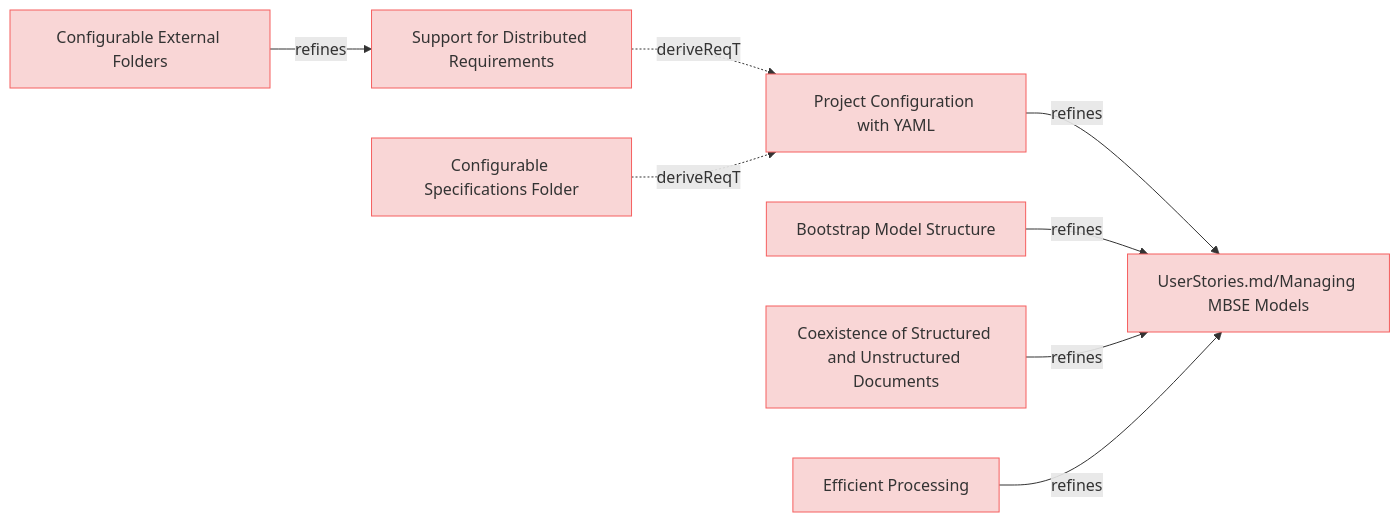
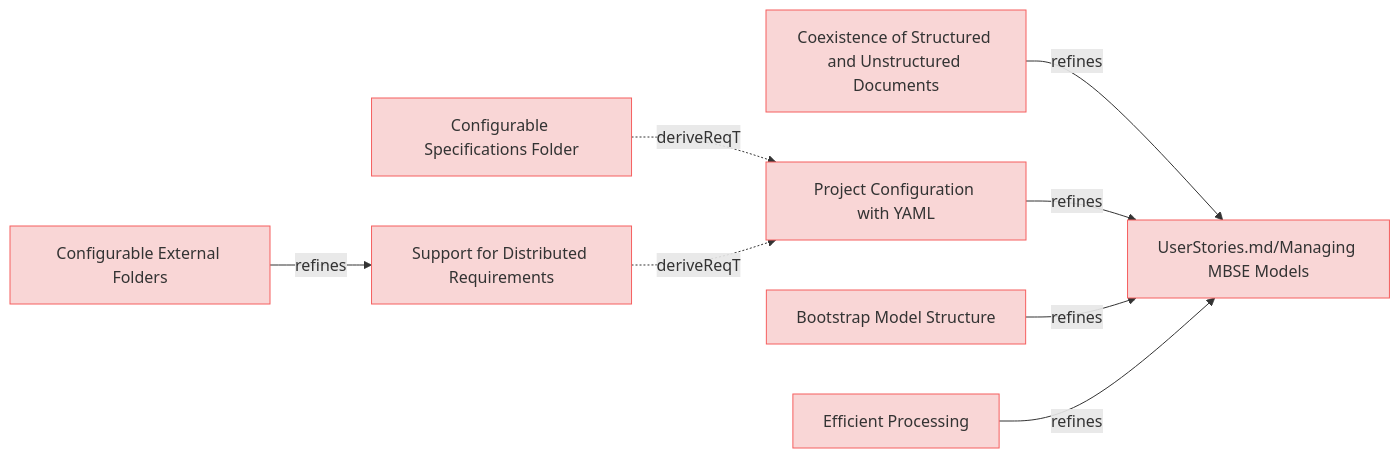
One commit to reqvire-org/reqvire changed the diagram in specifications/ManagingMbseModelsRequirements.md. Above: the diagram before and after it, drawn with Mermaid. The commit also changed 56 other files, not shown here.

````diff
--- a/specifications/ManagingMbseModelsRequirements.md
+++ b/specifications/ManagingMbseModelsRequirements.md
@@ -4,40 +4,40 @@
 ```mermaid
 graph LR;
   %% Graph styling
   classDef requirement fill:#f9d6d6,stroke:#f55f5f,stroke-width:1px;
   classDef verification fill:#d6f9d6,stroke:#5fd75f,stroke-width:1px;
   classDef externalLink fill:#d0e0ff,stroke:#3080ff,stroke-width:1px;
   classDef default fill:#f5f5f5,stroke:#333333,stroke-width:1px;
 
+  61be4a1815b94bfd["Configurable Specifications Folder"];
+  click 61be4a1815b94bfd "https://github.com/ilijaljubicic/ReqFlow/blob/29a17f176519a28e973567d4102beb95f41075ed/specifications/ManagingMbseModelsRequirements.md#configurable-specifications-folder";
+  class 61be4a1815b94bfd requirement;
+  ce24dbacb9646f3b["Project Configuration with YAML"];
+  class ce24dbacb9646f3b requirement;
+  click ce24dbacb9646f3b "https://github.com/ilijaljubicic/ReqFlow/blob/29a17f176519a28e973567d4102beb95f41075ed/specifications/ManagingMbseModelsRequirements.md#project-configuration-with-yaml";
+  61be4a1815b94bfd -.->|deriveReqT| ce24dbacb9646f3b;
   a5483b08d4e8d960["Configurable External Folders"];
-  click a5483b08d4e8d960 "https://github.com/ilijaljubicic/ReqFlow/blob/a94231473c9a4a56fe21608ebd13787e0cc3f2dc/specifications/ManagingMbseModelsRequirements.md#configurable-external-folders";
+  click a5483b08d4e8d960 "https://github.com/ilijaljubicic/ReqFlow/blob/29a17f176519a28e973567d4102beb95f41075ed/specifications/ManagingMbseModelsRequirements.md#configurable-external-folders";
   class a5483b08d4e8d960 requirement;
   e7286123b1b97862["Support for Distributed Requirements"];
   class e7286123b1b97862 requirement;
-  click e7286123b1b97862 "https://github.com/ilijaljubicic/ReqFlow/blob/a94231473c9a4a56fe21608ebd13787e0cc3f2dc/specifications/ManagingMbseModelsRequirements.md#support-for-distributed-requirements";
+  click e7286123b1b97862 "https://github.com/ilijaljubicic/ReqFlow/blob/29a17f176519a28e973567d4102beb95f41075ed/specifications/ManagingMbseModelsRequirements.md#support-for-distributed-requirements";
   a5483b08d4e8d960 -->|refines| e7286123b1b97862;
-  ce24dbacb9646f3b["Project Configuration with YAML"];
-  click ce24dbacb9646f3b "https://github.com/ilijaljubicic/ReqFlow/blob/a94231473c9a4a56fe21608ebd13787e0cc3f2dc/specifications/ManagingMbseModelsRequirements.md#project-configuration-with-yaml";
-  class ce24dbacb9646f3b requirement;
+  daadd8e583647e4f["Coexistence of Structured and Unstructured Documents"];
+  click daadd8e583647e4f "https://github.com/ilijaljubicic/ReqFlow/blob/29a17f176519a28e973567d4102beb95f41075ed/specifications/ManagingMbseModelsRequirements.md#coexistence-of-structured-and-unstructured-documents";
+  class daadd8e583647e4f requirement;
   852dea6cfecb47f5["UserStories.md/Managing MBSE Models"];
   class 852dea6cfecb47f5 requirement;
-  click 852dea6cfecb47f5 "https://github.com/ilijaljubicic/ReqFlow/blob/a94231473c9a4a56fe21608ebd13787e0cc3f2dc/specifications/UserStories.md#managing-mbse-models";
+  click 852dea6cfecb47f5 "https://github.com/ilijaljubicic/ReqFlow/blob/29a17f176519a28e973567d4102beb95f41075ed/specifications/UserStories.md#managing-mbse-models";
+  daadd8e583647e4f -->|refines| 852dea6cfecb47f5;
   ce24dbacb9646f3b -->|refines| 852dea6cfecb47f5;
+  e7286123b1b97862 -.->|deriveReqT| ce24dbacb9646f3b;
   96bbd81f5cefdfd4["Bootstrap Model Structure"];
-  click 96bbd81f5cefdfd4 "https://github.com/ilijaljubicic/ReqFlow/blob/a94231473c9a4a56fe21608ebd13787e0cc3f2dc/specifications/ManagingMbseModelsRequirements.md#bootstrap-model-structure";
+  click 96bbd81f5cefdfd4 "https://github.com/ilijaljubicic/ReqFlow/blob/29a17f176519a28e973567d4102beb95f41075ed/specifications/ManagingMbseModelsRequirements.md#bootstrap-model-structure";
   class 96bbd81f5cefdfd4 requirement;
   96bbd81f5cefdfd4 -->|refines| 852dea6cfecb47f5;
-  daadd8e583647e4f["Coexistence of Structured and Unstructured Documents"];
-  click daadd8e583647e4f "https://github.com/ilijaljubicic/ReqFlow/blob/a94231473c9a4a56fe21608ebd13787e0cc3f2dc/specifications/ManagingMbseModelsRequirements.md#coexistence-of-structured-and-unstructured-documents";
-  class daadd8e583647e4f requirement;
-  daadd8e583647e4f -->|refines| 852dea6cfecb47f5;
-  e7286123b1b97862 -.->|deriveReqT| ce24dbacb9646f3b;
   21e4eb87cb55ea5e["Efficient Processing"];
-  click 21e4eb87cb55ea5e "https://github.com/ilijaljubicic/ReqFlow/blob/a94231473c9a4a56fe21608ebd13787e0cc3f2dc/specifications/ManagingMbseModelsRequirements.md#efficient-processing";
+  click 21e4eb87cb55ea5e "https://github.com/ilijaljubicic/ReqFlow/blob/29a17f176519a28e973567d4102beb95f41075ed/specifications/ManagingMbseModelsRequirements.md#efficient-processing";
   class 21e4eb87cb55ea5e requirement;
   21e4eb87cb55ea5e -->|refines| 852dea6cfecb47f5;
-  61be4a1815b94bfd["Configurable Specifications Folder"];
-  click 61be4a1815b94bfd "https://github.com/ilijaljubicic/ReqFlow/blob/a94231473c9a4a56fe21608ebd13787e0cc3f2dc/specifications/ManagingMbseModelsRequirements.md#configurable-specifications-folder";
-  class 61be4a1815b94bfd requirement;
-  61be4a1815b94bfd -.->|deriveReqT| ce24dbacb9646f3b;
 ```
````
